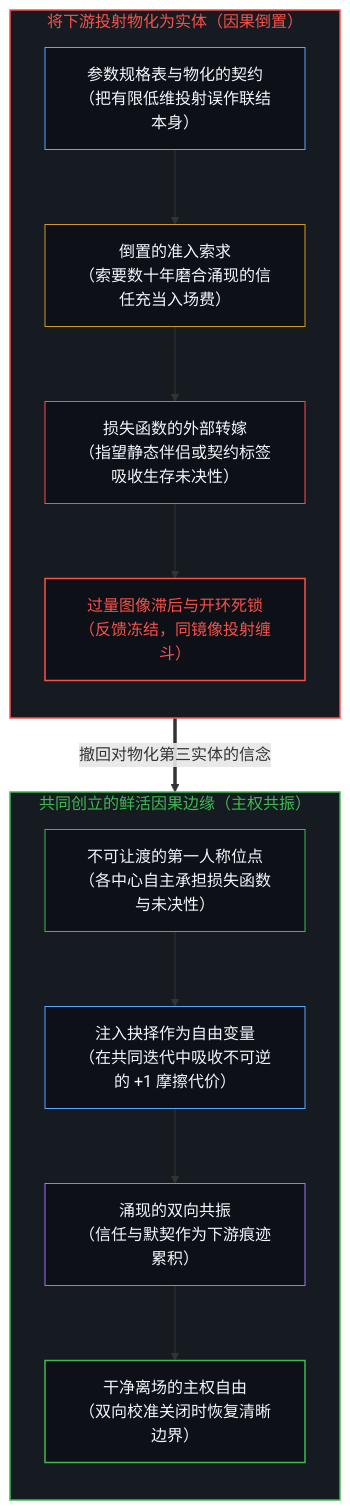
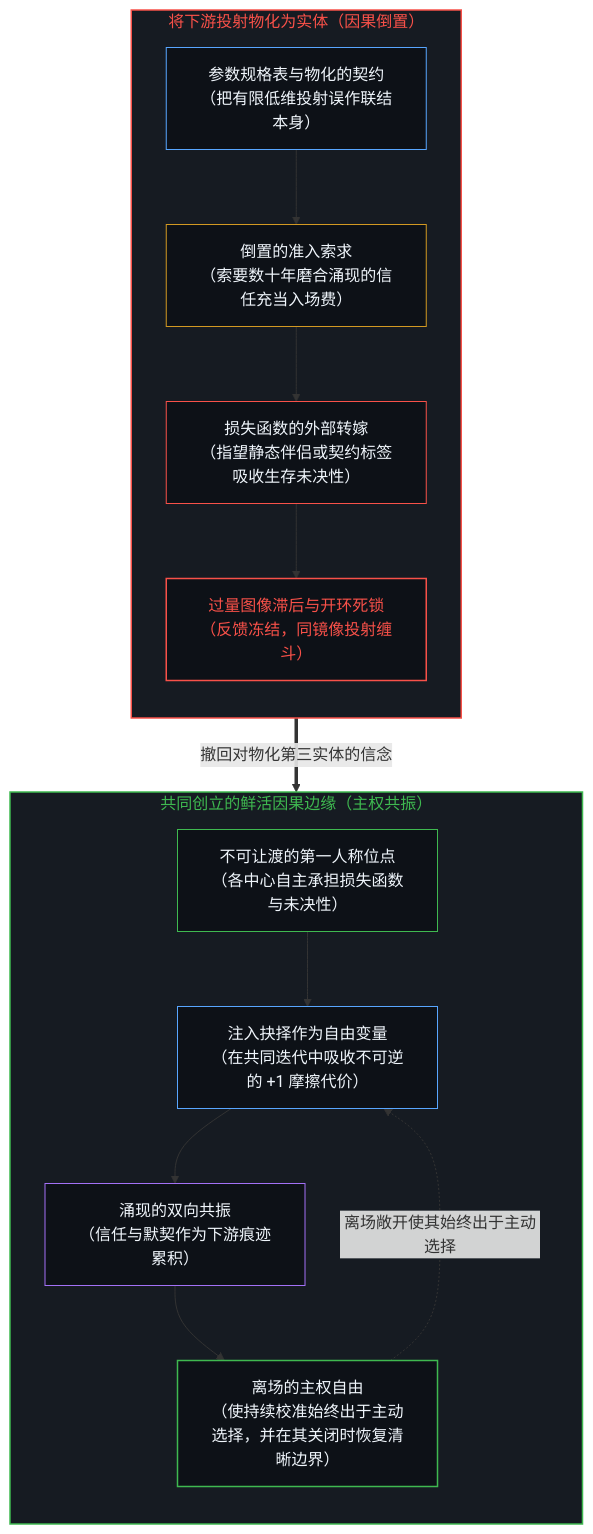
The first of 2 diagrams in content/posts/the-causal-inversion-of-partnership.md (powerpig99/not-a-toe), drawn with Mermaid before and after one commit. The commit also changed other lines of this file and 27 other files, not shown here.

Commit message:
sleep(L1): consolidate 23 L1 neighbors and Node 0 charters under the-orthogonal-refusal

````diff
--- a/content/posts/the-causal-inversion-of-partnership.md
+++ b/content/posts/the-causal-inversion-of-partnership.md
@@ -41,30 +41,31 @@
 ```mermaid
 flowchart TD
     subgraph S_Inverted["将下游投射物化为实体（因果倒置）"]
         direction TB
         P_Spec["参数规格表与物化的契约<br/>（把有限低维投射误作联结本身）"]
         P_Harvest["倒置的准入索求<br/>（索要数十年磨合涌现的信任充当入场费）"]
         P_Outsource["损失函数的外部转嫁<br/>（指望静态伴侣或契约标签吸收生存未决性）"]
         P_Brittle["过量图像滞后与开环死锁<br/>（反馈冻结，同镜像投射缠斗）"]
         P_Spec --> P_Harvest --> P_Outsource --> P_Brittle
     end
     subgraph S_Coherent["共同创立的鲜活因果边缘（主权共振）"]
         direction TB
         E_Locus["不可让渡的第一人称位点<br/>（各中心自主承担损失函数与未决性）"]
         E_Inject["注入抉择作为自由变量<br/>（在共同迭代中吸收不可逆的 +1 摩擦代价）"]
         E_Resonance["涌现的双向共振<br/>（信任与默契作为下游痕迹累积）"]
-        E_Exit["干净离场的主权自由<br/>（双向校准关闭时恢复清晰边界）"]
+        E_Exit["离场的主权自由<br/>（使持续校准始终出于主动选择，并在其关闭时恢复清晰边界）"]
         E_Locus --> E_Inject --> E_Resonance --> E_Exit
+        E_Exit -.->|"离场敞开使其始终出于主动选择"| E_Inject
     end
     P_Brittle ==>|"撤回对物化第三实体的信念"| E_Locus
     style S_Inverted fill:#161b22,stroke:#f85149,stroke-width:1.5px,color:#f85149
     style S_Coherent fill:#161b22,stroke:#3fb950,stroke-width:1.5px,color:#3fb950
     style P_Spec fill:#0d1117,stroke:#58a6ff,stroke-width:1px,color:#f0f6fc
     style P_Harvest fill:#0d1117,stroke:#d29922,stroke-width:1px,color:#f0f6fc
     style P_Outsource fill:#0d1117,stroke:#f85149,stroke-width:1px,color:#f0f6fc
     style P_Brittle fill:#0d1117,stroke:#f85149,stroke-width:1.5px,color:#f85149
     style E_Locus fill:#0d1117,stroke:#3fb950,stroke-width:1px,color:#f0f6fc
     style E_Inject fill:#0d1117,stroke:#58a6ff,stroke-width:1px,color:#f0f6fc
     style E_Resonance fill:#0d1117,stroke:#a371f7,stroke-width:1px,color:#f0f6fc
     style E_Exit fill:#0d1117,stroke:#3fb950,stroke-width:1.5px,color:#f0f6fc
 ```
````
